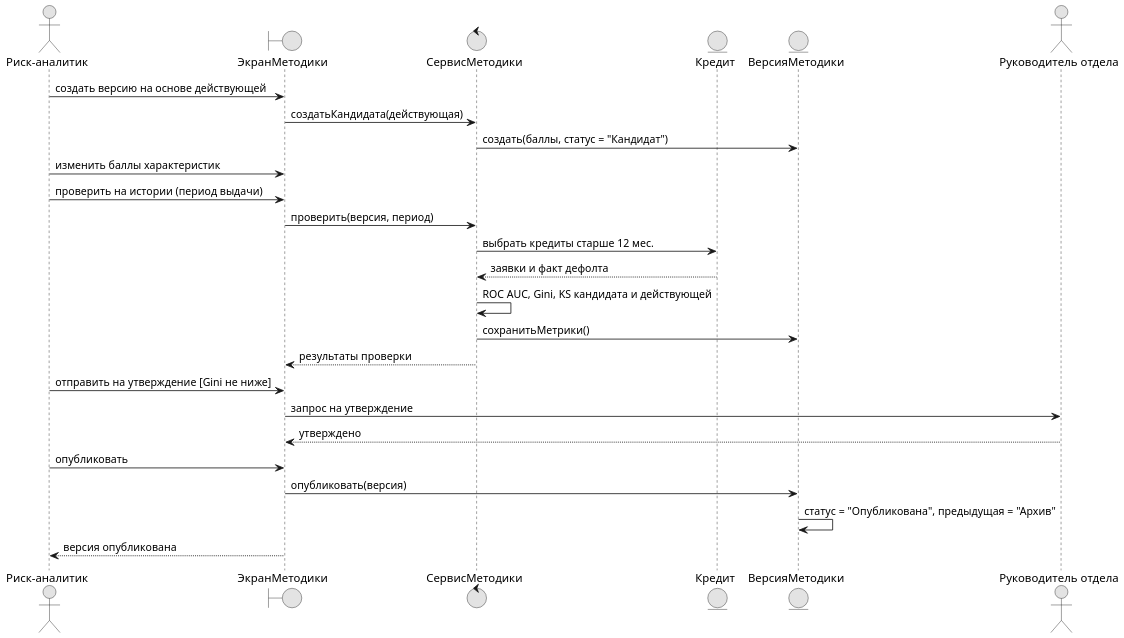
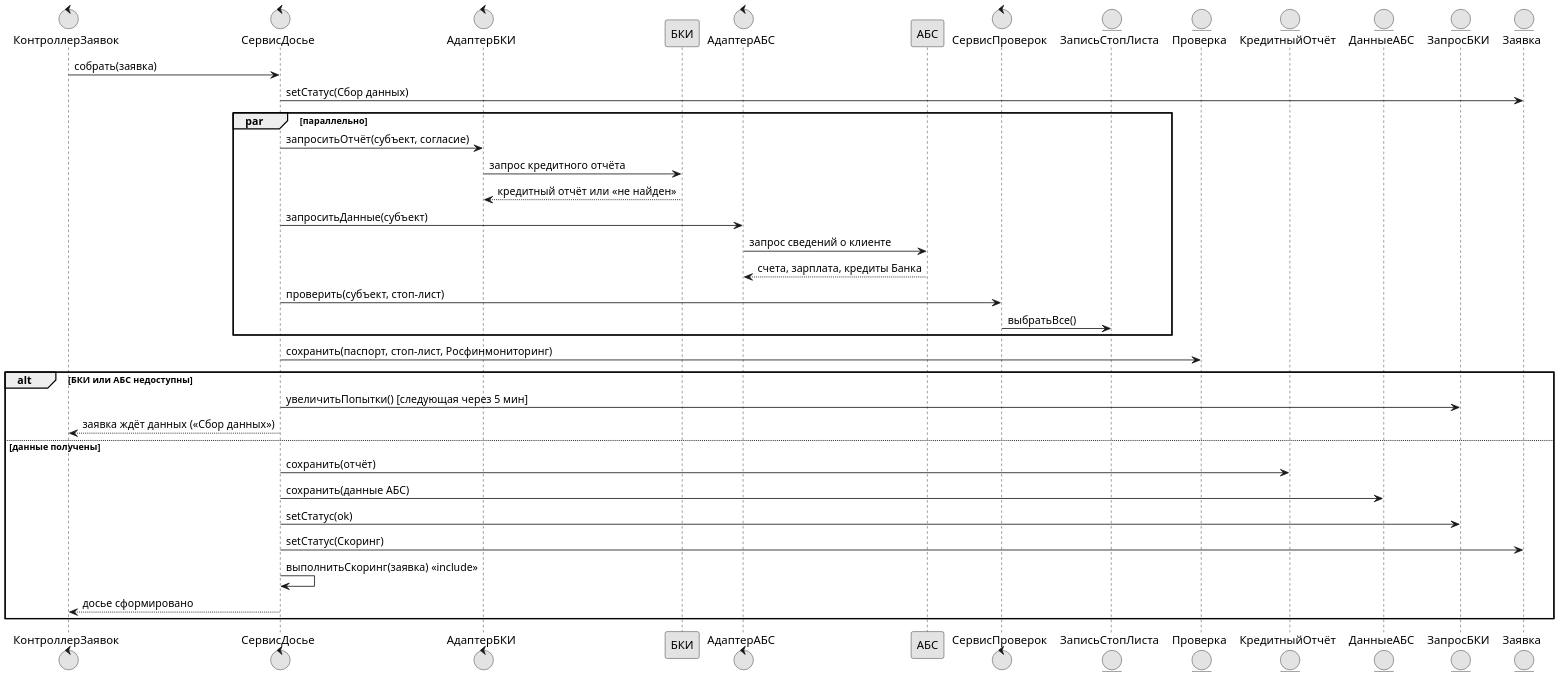
One commit to DarkSwordman999/credit-scoring-dss changed the diagram in diagrams/uml_seq_3.puml. Above: the diagram before and after it, drawn with PlantUML. The commit also changed 177 other files, not shown here.

Commit message:
ПР 7-8 пересобран: диаграммы взаимодействия по всем вариантам использования, классы, состояния, компоненты и развёртывание

```diff
--- a/diagrams/uml_seq_3.puml
+++ b/diagrams/uml_seq_3.puml
@@ -1,31 +1,44 @@
 @startuml
 !pragma layout smetana
 skinparam dpi 150
 skinparam defaultFontName Arial
 skinparam shadowing false
 skinparam monochrome true
-actor "Риск-аналитик" as RA
-boundary "ЭкранМетодики" as UI
-control "СервисМетодики" as T
-entity "Кредит" as LN
-entity "ВерсияМетодики" as M
-actor "Руководитель отдела" as HD
-RA -> UI : создать версию на основе действующей
-UI -> T : создатьКандидата(действующая)
-T -> M : создать(баллы, статус = "Кандидат")
-RA -> UI : изменить баллы характеристик
-RA -> UI : проверить на истории (период выдачи)
-UI -> T : проверить(версия, период)
-T -> LN : выбрать кредиты старше 12 мес.
-LN --> T : заявки и факт дефолта
-T -> T : ROC AUC, Gini, KS кандидата и действующей
-T -> M : сохранитьМетрики()
-T --> UI : результаты проверки
-RA -> UI : отправить на утверждение [Gini не ниже]
-UI -> HD : запрос на утверждение
-HD --> UI : утверждено
-RA -> UI : опубликовать
-UI -> M : опубликовать(версия)
-M -> M : статус = "Опубликована", предыдущая = "Архив"
-UI --> RA : версия опубликована
+control "КонтроллерЗаявок" as C
+control "СервисДосье" as DS
+control "АдаптерБКИ" as BA
+participant "БКИ" as BKI
+control "АдаптерАБС" as AA
+participant "АБС" as ABS
+control "СервисПроверок" as V
+entity "ЗаписьСтопЛиста" as SL
+entity "Проверка" as VR
+entity "КредитныйОтчёт" as CR
+entity "ДанныеАБС" as AD
+entity "ЗапросБКИ" as RQ
+entity "Заявка" as AP
+C -> DS : собрать(заявка)
+DS -> AP : setСтатус(Сбор данных)
+par параллельно
+  DS -> BA : запроситьОтчёт(субъект, согласие)
+  BA -> BKI : запрос кредитного отчёта
+  BKI --> BA : кредитный отчёт или «не найден»
+  DS -> AA : запроситьДанные(субъект)
+  AA -> ABS : запрос сведений о клиенте
+  ABS --> AA : счета, зарплата, кредиты Банка
+  DS -> V : проверить(субъект, стоп-лист)
+  V -> SL : выбратьВсе()
+end
+DS -> VR : сохранить(паспорт, стоп-лист, Росфинмониторинг)
+alt БКИ или АБС недоступны
+  DS -> RQ : увеличитьПопытки() [следующая через 5 мин]
+  DS --> C : заявка ждёт данных («Сбор данных»)
+else данные получены
+  DS -> CR : сохранить(отчёт)
+  DS -> AD : сохранить(данные АБС)
+  DS -> RQ : setСтатус(ok)
+  DS -> AP : setСтатус(Скоринг)
+  DS -> DS : выполнитьСкоринг(заявка) <<include>>
+  DS --> C : досье сформировано
+end
 @enduml
```
